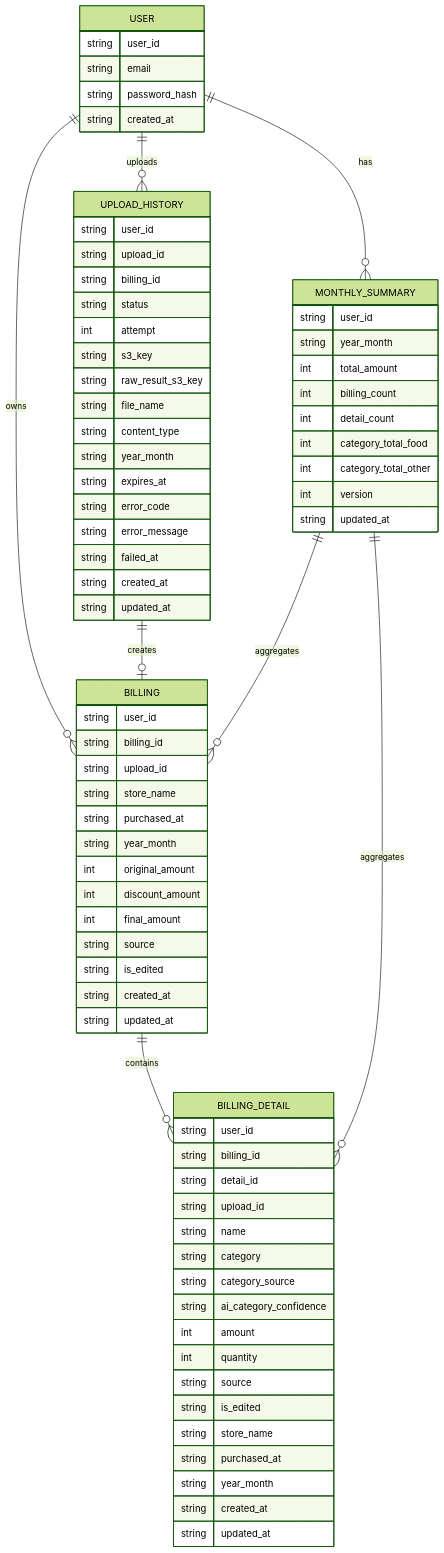
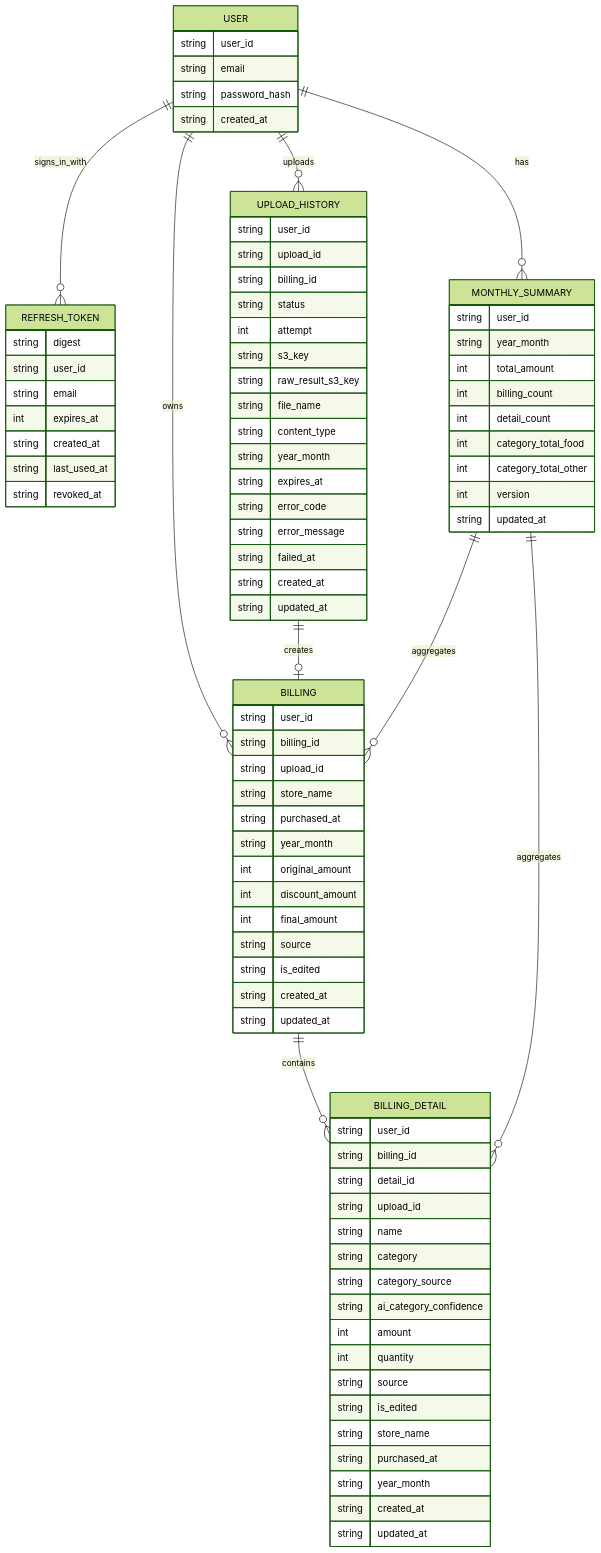
Before and after one commit to shrimptails-f/snap_kakeibo: the diagram in docs/infra/database.md, drawn with Mermaid (forest theme). The commit also changed other lines of this file and 1 other file, not shown here.

Commit message:
docs(infra): document refresh_tokens table and login attempt counters

````diff
--- a/docs/infra/database.md
+++ b/docs/infra/database.md
@@ -38,5 +38,6 @@
 ```mermaid
 erDiagram
+  USER ||--o{ REFRESH_TOKEN : signs_in_with
   USER ||--o{ MONTHLY_SUMMARY : has
   USER ||--o{ UPLOAD_HISTORY : uploads
   USER ||--o{ BILLING : owns
@@ -50,6 +51,16 @@
     string email
     string password_hash
     string created_at
+  }
+
+  REFRESH_TOKEN {
+    string digest
+    string user_id
+    string email
+    int expires_at
+    string created_at
+    string last_used_at
+    string revoked_at
   }
 
   MONTHLY_SUMMARY {
````
